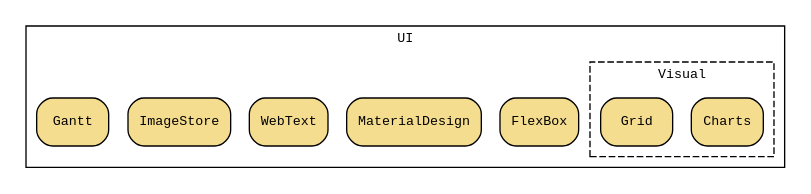
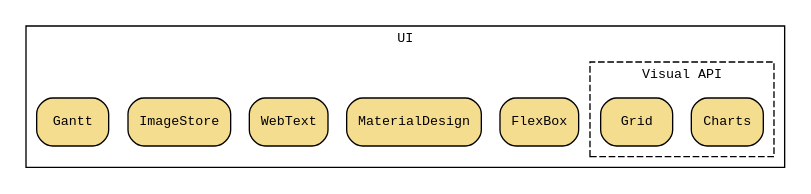
One commit to webfx-project/webfx-docs changed the diagram in src/main/asciidoc/webfx-extras/webfx-extras.adoc. Above: the diagram before and after it, drawn with Graphviz.

Commit message:
Minor changes in webfx-extras diagram

```diff
--- a/src/main/asciidoc/webfx-extras/webfx-extras.adoc
+++ b/src/main/asciidoc/webfx-extras/webfx-extras.adoc
@@ -3,27 +3,27 @@
 [graphviz, webfx-extras, format=svg]
 ----
 digraph D {
     graph [compound=true, ranksep=0.3, nodesep=0.2, fontname=monospace, fontsize=10]
     node [shape="rectangle", style="rounded,filled", fillcolor="#f5dd90", fontname=monospace, fontsize=10]
 
-    subgraph cluster_SHR {
+    subgraph cluster_UI {
         label = "UI"
 
         FlexBox
         MaterialDesign
         WebText
         ImageStore
         Gantt
 
-        subgraph cluster_SHRP {
-            label = "Visual"
+        subgraph cluster_V {
+            label = "Visual API"
             style = "dashed"
 
             Charts
             Grid
         }
 
     }
 
 }
 ----
```
